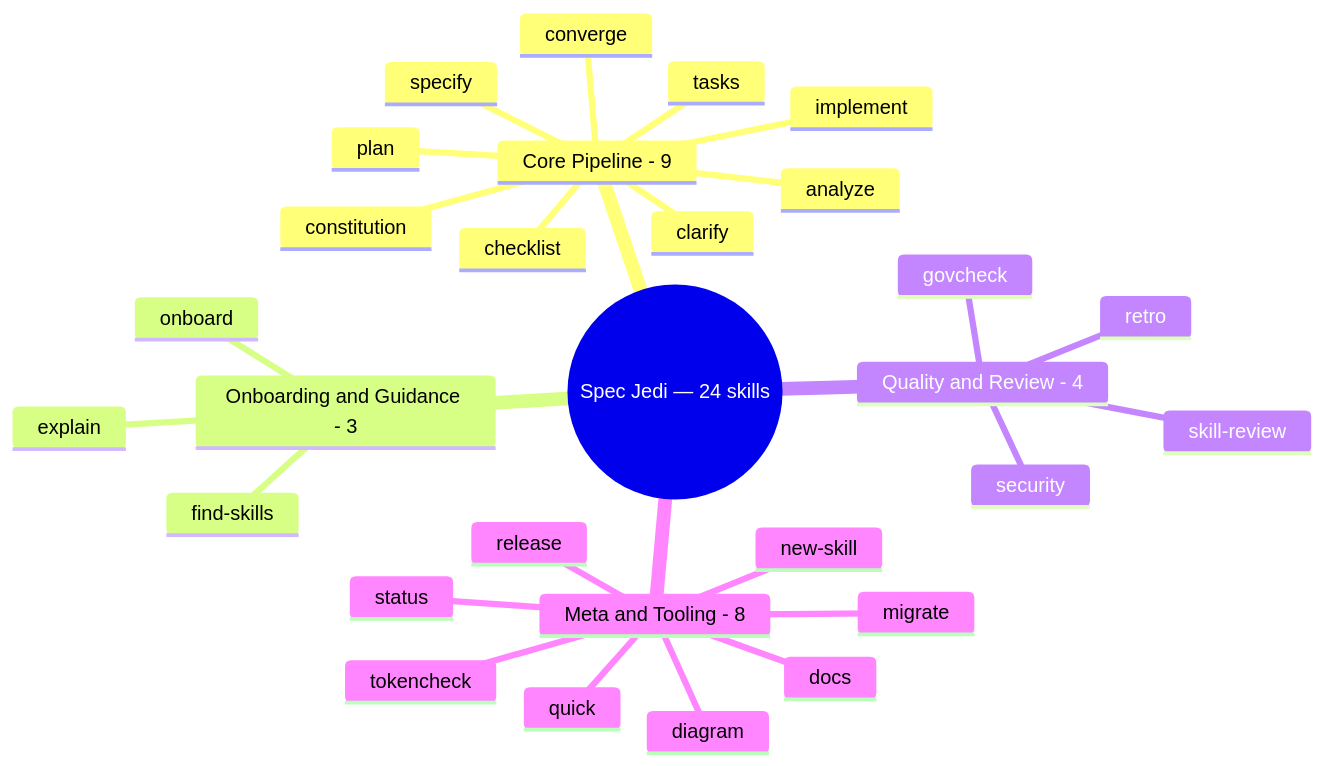
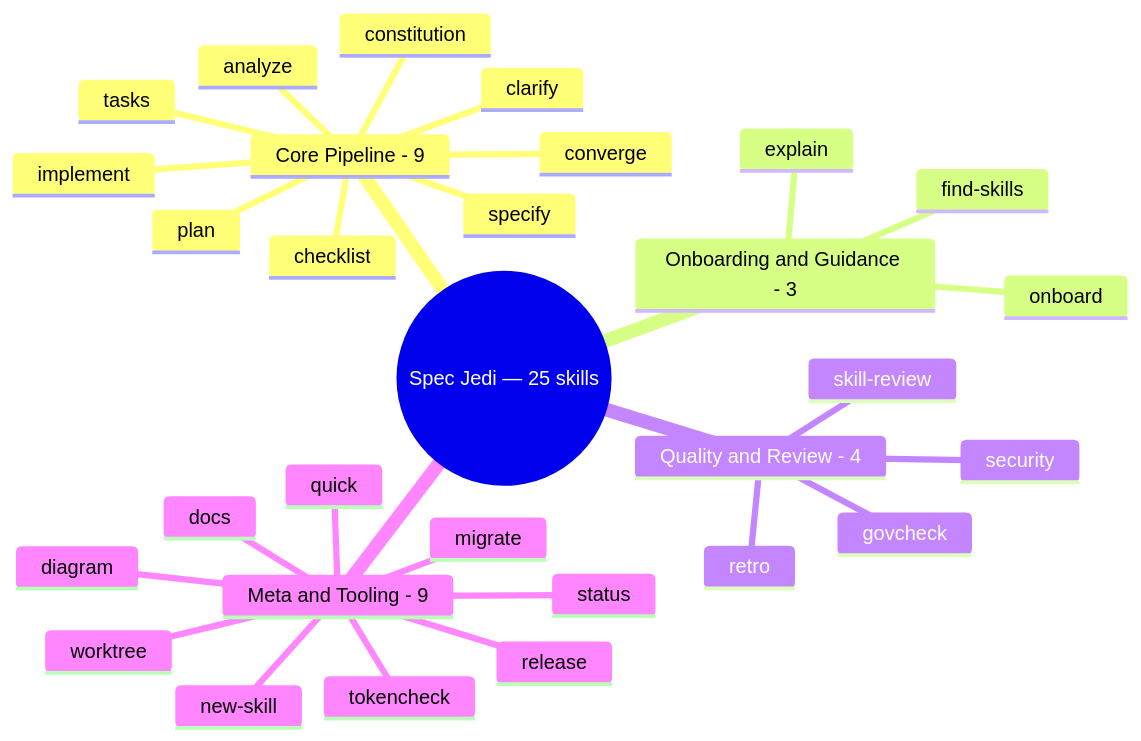
One commit to jonyfs/spec-jedi changed the second of 5 diagrams in README.md. Above: the diagram before and after it, drawn with Mermaid. The commit also changed other lines of this file and 18 other files, not shown here.

````diff
--- a/README.md
+++ b/README.md
@@ -75,32 +75,33 @@
 ```mermaid
 mindmap
-  root(("Spec Jedi — 24 skills"))
+  root(("Spec Jedi — 25 skills"))
     Core Pipeline - 9
       constitution
       specify
       clarify
       plan
       tasks
       implement
       analyze
       checklist
       converge
     Onboarding and Guidance - 3
       onboard
       explain
       find-skills
     Quality and Review - 4
       security
       skill-review
       govcheck
       retro
-    Meta and Tooling - 8
+    Meta and Tooling - 9
       quick
       diagram
       status
       docs
       migrate
       new-skill
       release
       tokencheck
+      worktree
 ```
````
